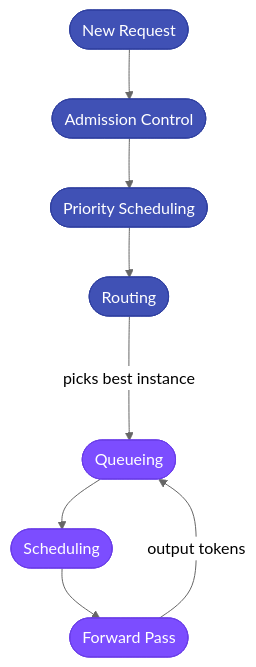
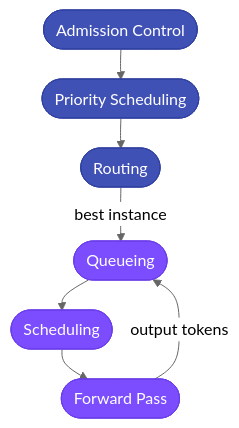
Before and after one commit to inference-sim/inference-sim: the first of 3 diagrams in docs/blog/posts/why-simulate-before-you-scale.md, drawn with Mermaid (neutral theme). The commit also changed other lines of this file, not shown here.

Commit message:
fix(docs): replace Request node with intro text, tighten spacing
Move "new request arrives" to italic text above the diagram. Reduce
nodeSpacing and rankSpacing via mermaid config for a more compact
diagram.

````diff
--- a/docs/blog/posts/why-simulate-before-you-scale.md
+++ b/docs/blog/posts/why-simulate-before-you-scale.md
@@ -36,13 +38,18 @@
 ```mermaid
+---
+config:
+  flowchart:
+    nodeSpacing: 16
+    rankSpacing: 30
+---
 flowchart TD
-    R(["New Request"]):::cluster --> AC(["Admission Control"]):::cluster
-    AC --> PS(["Priority Scheduling"]):::cluster
+    AC(["Admission Control"]):::cluster --> PS(["Priority Scheduling"]):::cluster
     PS --> RT(["Routing"]):::cluster
-    RT --->|"picks best instance"| Q(["Queueing"]):::instance
+    RT -->|"best instance"| Q(["Queueing"]):::instance
     Q --> S(["Scheduling"]):::instance
     S --> FP(["Forward Pass"]):::instance
     FP -->|"output tokens"| Q
 
-    classDef cluster fill:#4051b5,color:#fff,stroke:#3040a0,rx:20
-    classDef instance fill:#7c4dff,color:#fff,stroke:#6a3de8,rx:20
+    classDef cluster fill:#4051b5,color:#fff,stroke:#3040a0
+    classDef instance fill:#7c4dff,color:#fff,stroke:#6a3de8
 ```
````
